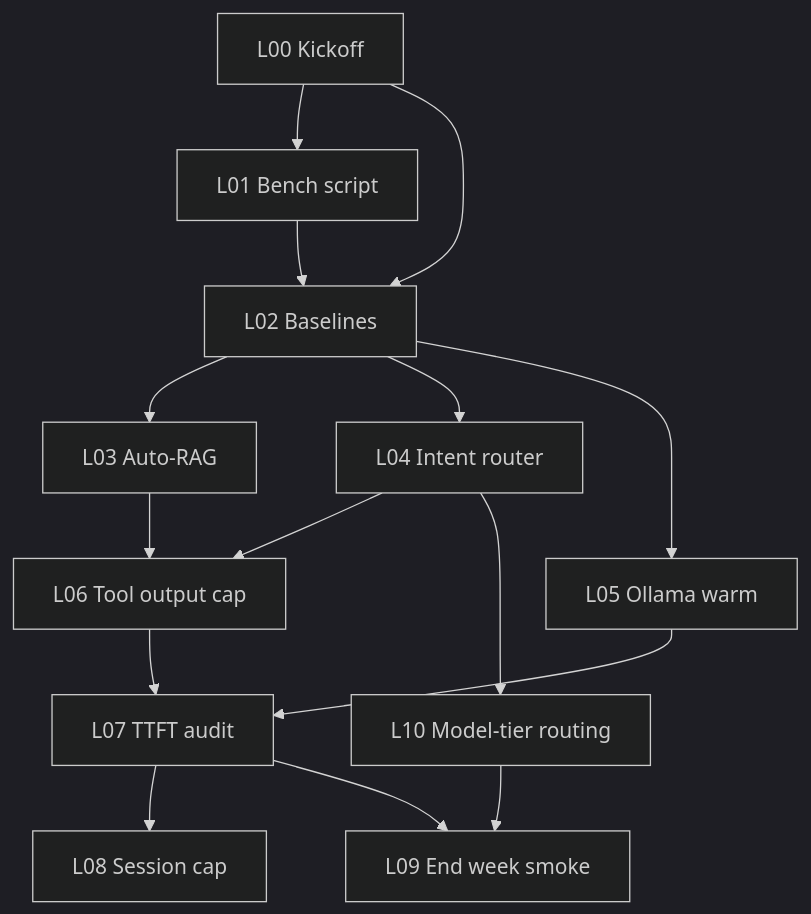
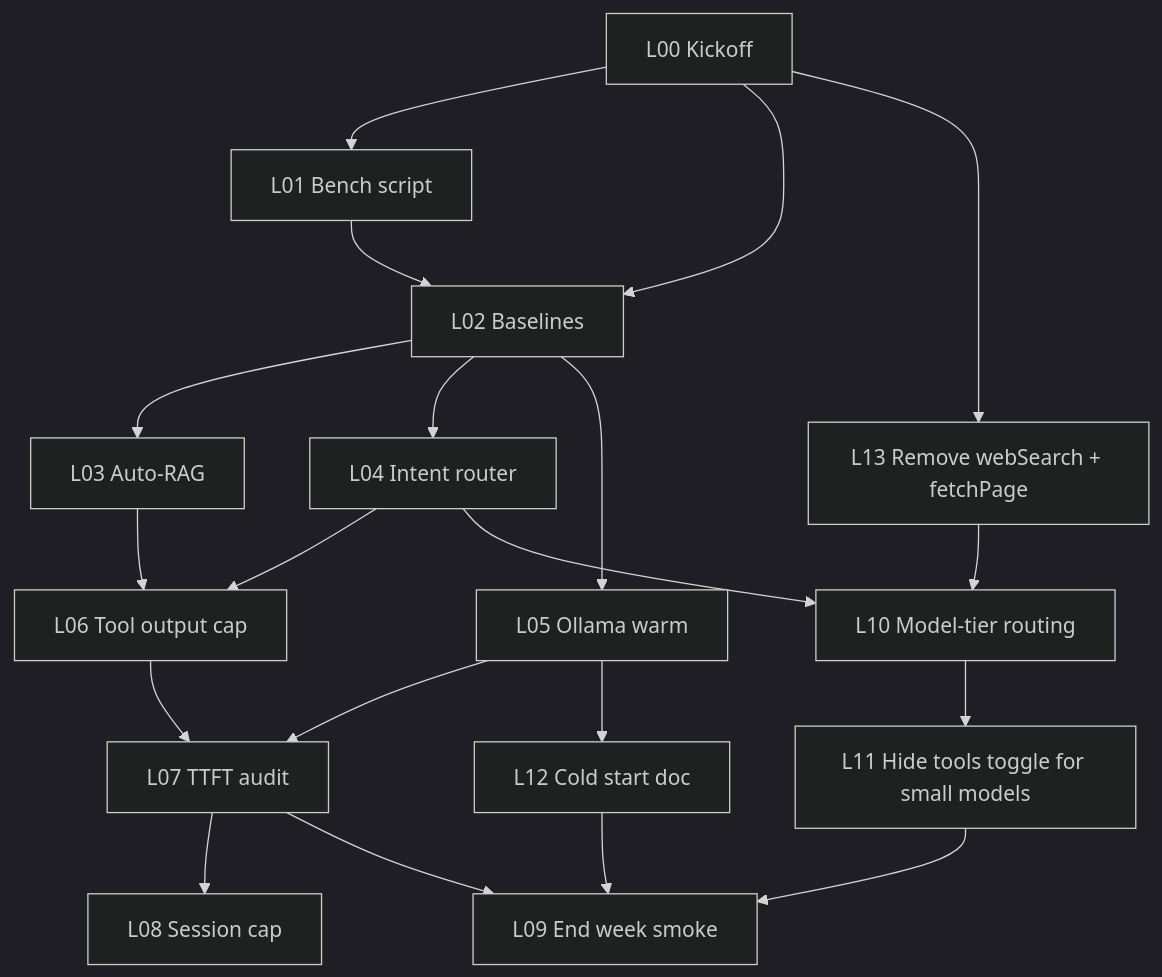
Before and after one commit to EduAI-Lab/EduAI: the second of 2 diagrams in docs/rag-ai/latency/eduai-summer-2026/TEAM_CHAT_LATENCY_SPRINT_GUIDE.md, drawn with Mermaid (dark theme). The commit also changed other lines of this file and 2 other files, not shown here.

First line of the commit message:
docs(chat-latency): add L11 admin guard, L12 cold-start doc, L13 remove web tools

````diff
--- a/docs/rag-ai/latency/eduai-summer-2026/TEAM_CHAT_LATENCY_SPRINT_GUIDE.md
+++ b/docs/rag-ai/latency/eduai-summer-2026/TEAM_CHAT_LATENCY_SPRINT_GUIDE.md
@@ -99,17 +107,22 @@
 ```mermaid
 flowchart TB
   L00[L00 Kickoff] --> L01[L01 Bench script]
   L00 --> L02[L02 Baselines]
   L01 --> L02
   L02 --> L03[L03 Auto-RAG]
   L02 --> L04[L04 Intent router]
   L03 --> L06[L06 Tool output cap]
   L04 --> L06
   L02 --> L05[L05 Ollama warm]
   L06 --> L07[L07 TTFT audit]
   L05 --> L07
   L07 --> L08[L08 Session cap]
   L04 --> L10[L10 Model-tier routing]
-  L10 --> L09[L09 End week smoke]
+  L10 --> L11[L11 Hide tools toggle for small models]
+  L05 --> L12[L12 Cold start doc]
+  L00 --> L13[L13 Remove webSearch + fetchPage]
+  L13 --> L10
+  L11 --> L09[L09 End week smoke]
+  L12 --> L09
   L07 --> L09
 ```
````
